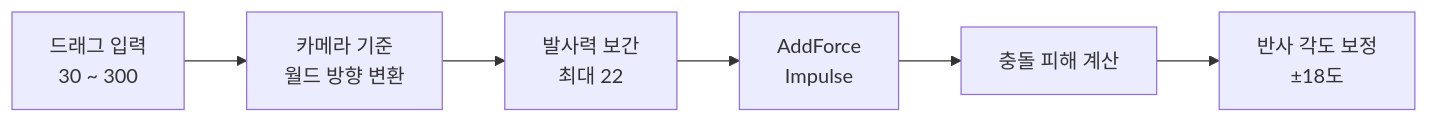
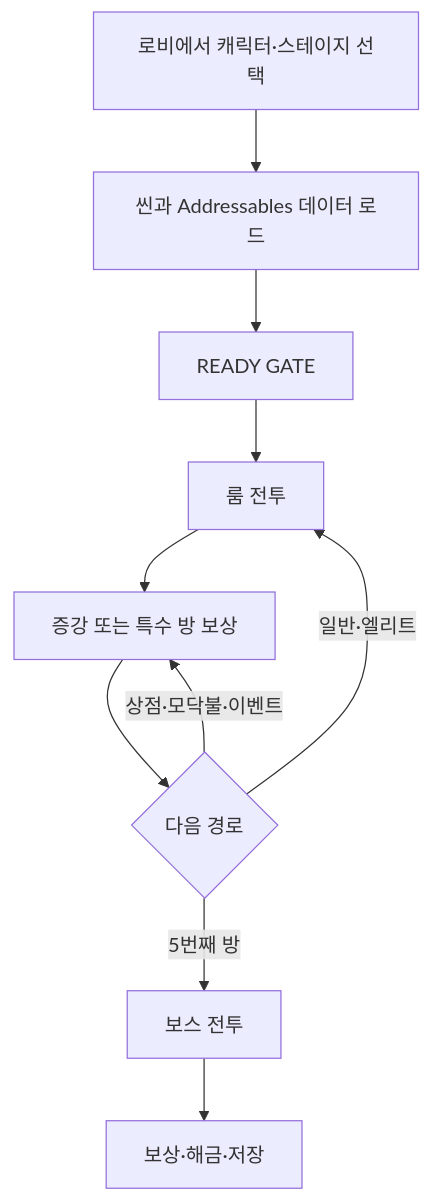
Before and after one commit to oppa073-hub/Animal-Ball-Fighter-Portfolio: the second of 11 diagrams in README.md, drawn with Mermaid. The commit also changed other lines of this file and 782 other files, not shown here.

````diff
--- a/README.md
+++ b/README.md
@@ -72,8 +163,12 @@
 ```mermaid
-flowchart LR
-    A[드래그 입력<br/>30 ~ 300] --> B[카메라 기준<br/>월드 방향 변환]
-    B --> C[발사력 보간<br/>최대 22]
-    C --> D[AddForce<br/>Impulse]
-    D --> E[충돌 피해 계산]
-    E --> F[반사 각도 보정<br/>±18도]
+flowchart TD
+    A[로비에서 캐릭터·스테이지 선택] --> B[씬과 Addressables 데이터 로드]
+    B --> C[READY GATE]
+    C --> D[룸 전투]
+    D --> E[증강 또는 특수 방 보상]
+    E --> F{다음 경로}
+    F -->|일반·엘리트| D
+    F -->|상점·모닥불·이벤트| E
+    F -->|5번째 방| G[보스 전투]
+    G --> H[보상·해금·저장]
 ```
````
